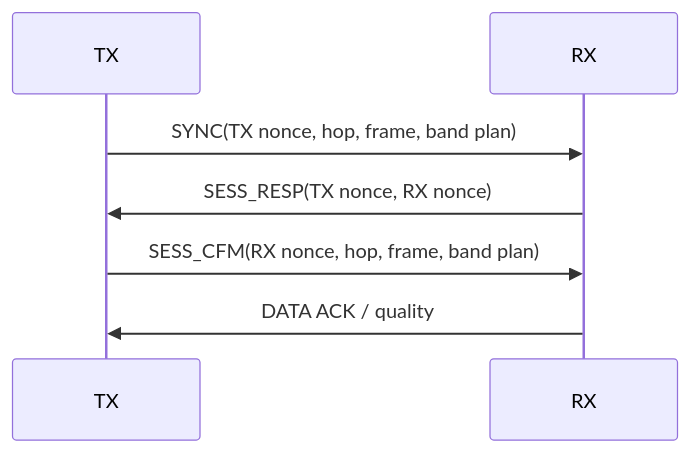
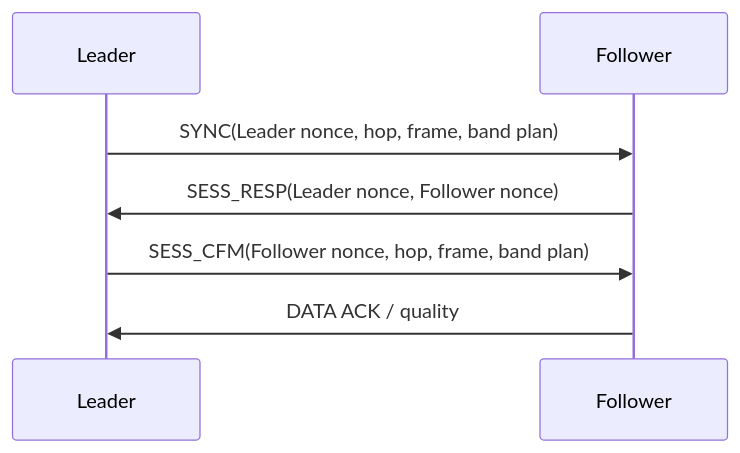
Before and after one commit to qsheeeeen/zlrs: the diagram in doc/07-protocol.md, drawn with Mermaid. The commit also changed other lines of this file and 46 other files, not shown here.

First line of the commit message:
refactor: rename endpoint roles to Leader and Follower

````diff
--- a/doc/07-protocol.md
+++ b/doc/07-protocol.md
@@ -139,9 +139,9 @@
 ```mermaid
 sequenceDiagram
-    participant TX
-    participant RX
-    TX->>RX: SYNC(TX nonce, hop, frame, band plan)
-    RX->>TX: SESS_RESP(TX nonce, RX nonce)
-    TX->>RX: SESS_CFM(RX nonce, hop, frame, band plan)
-    RX->>TX: DATA ACK / quality
+    participant Leader
+    participant Follower
+    Leader->>Follower: SYNC(Leader nonce, hop, frame, band plan)
+    Follower->>Leader: SESS_RESP(Leader nonce, Follower nonce)
+    Leader->>Follower: SESS_CFM(Follower nonce, hop, frame, band plan)
+    Follower->>Leader: DATA ACK / quality
 ```
````
